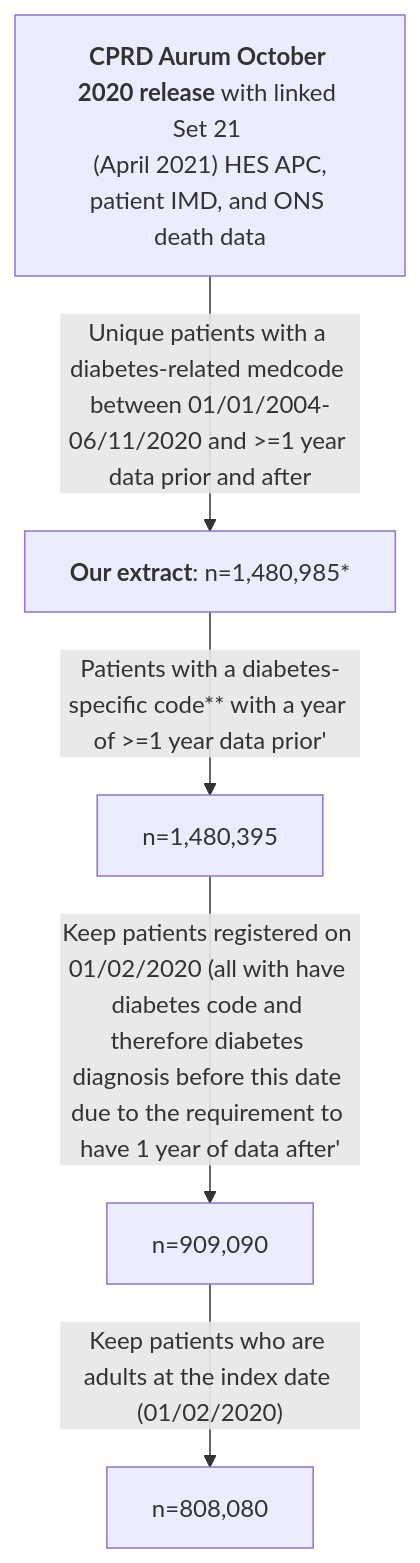
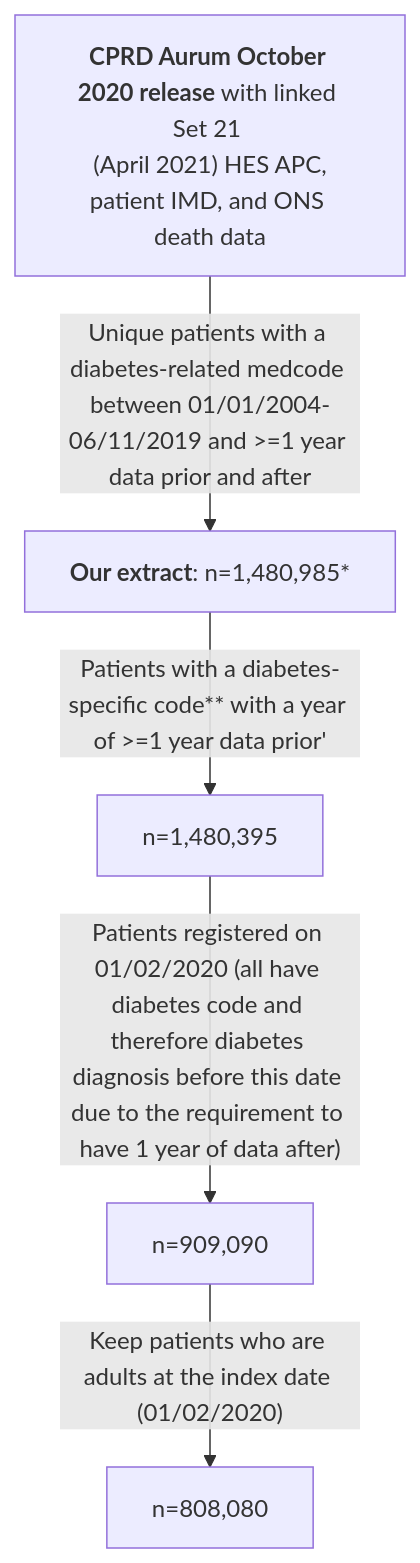
The first of 2 diagrams in README.md (Exeter-Diabetes/CPRD-Katie-DePICtion-Scripts), drawn with Mermaid before and after one commit.

````diff
--- a/README.md
+++ b/README.md
@@ -9,7 +9,7 @@
 ```mermaid
 graph TD;
-    A["<b>CPRD Aurum October 2020 release</b> with linked Set 21 <br> (April 2021) HES APC, patient IMD, and ONS death data"] --> |"Unique patients with a diabetes-related medcode between 01/01/2004-06/11/2020 and >=1 year data prior and after"| B["<b>Our extract</b>: n=1,480,985*"]
+    A["<b>CPRD Aurum October 2020 release</b> with linked Set 21 <br> (April 2021) HES APC, patient IMD, and ONS death data"] --> |"Unique patients with a diabetes-related medcode between 01/01/2004-06/11/2019 and >=1 year data prior and after"| B["<b>Our extract</b>: n=1,480,985*"]
     B -->|"Patients with a diabetes-specific code** with a year of >=1 year data prior'"|C["n=1,480,395"]
-    C -->|"Keep patients registered on 01/02/2020 (all with have diabetes code and therefore diabetes diagnosis before this date due to the requirement to have 1 year of data after'"|D["n=909,090"]
+    C -->|"Patients registered on 01/02/2020 (all have diabetes code and therefore diabetes diagnosis before this date due to the requirement to have 1 year of data after)"|D["n=909,090"]
     D -->|"Keep patients who are adults at the index date (01/02/2020)"|E["n=808,080"]
 ```
````
